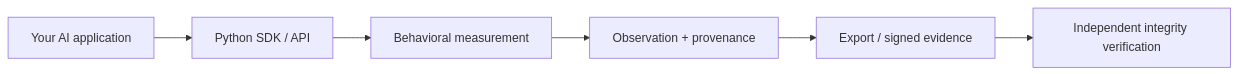
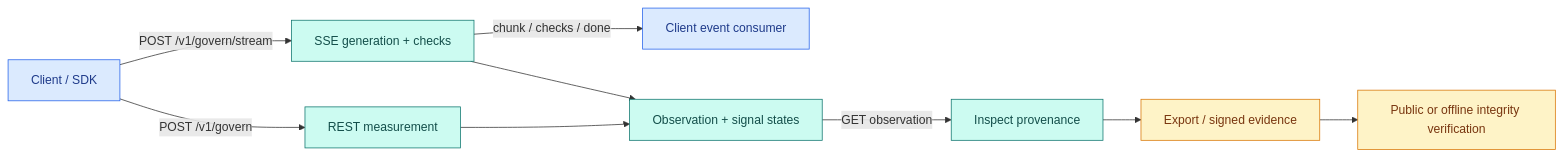
The fourth of 4 diagrams in docs/PRODUCT_ARCHITECTURE.md (neomundi-io/.github), drawn with Mermaid before and after one commit. The commit also changed other lines of this file, not shown here.

Commit message:
docs: restore original technical depth with colored customer-facing architecture

````diff
--- a/docs/PRODUCT_ARCHITECTURE.md
+++ b/docs/PRODUCT_ARCHITECTURE.md
@@ -23,8 +211,17 @@
 ```mermaid
 flowchart LR
-  A["Your AI application"] --> B["Python SDK / API"]
-  B --> C["Behavioral measurement"]
-  C --> D["Observation + provenance"]
-  D --> E["Export / signed evidence"]
-  E --> F["Independent integrity verification"]
+  A["Client / SDK"] -->|"POST /v1/govern"| B["REST measurement"]
+  A -->|"POST /v1/govern/stream"| C["SSE generation + checks"]
+  C -->|"chunk / checks / done"| D["Client event consumer"]
+  B --> E["Observation + signal states"]
+  C --> E
+  E -->|"GET observation"| F["Inspect provenance"]
+  F --> G["Export / signed evidence"]
+  G --> H["Public or offline integrity verification"]
+  classDef client fill:#dbeafe,color:#1e3a8a,stroke:#2563eb
+  classDef measure fill:#ccfbf1,color:#134e4a,stroke:#0f766e
+  classDef evidence fill:#fef3c7,color:#78350f,stroke:#d97706
+  class A,D client
+  class B,C,E,F measure
+  class G,H evidence
 ```
````
